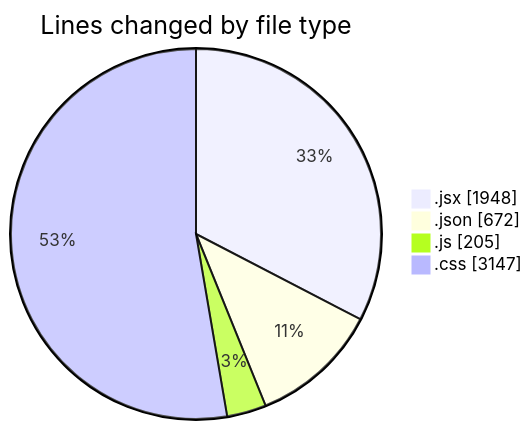
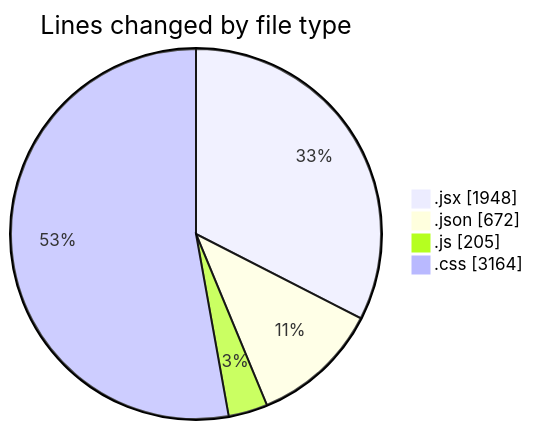
One commit to BS-eng2023/code-tracking changed the first of 2 diagrams in 2025-05-04/project/README.md. Above: the diagram before and after it, drawn with Mermaid. The commit also changed other lines of this file and 1 other file, not shown here.

````diff
--- a/2025-05-04/project/README.md
+++ b/2025-05-04/project/README.md
@@ -43,8 +43,8 @@
 ```mermaid
 pie showData
 title Lines changed by file type
 ".jsx" : 1948
 ".json" : 672
 ".js" : 205
-".css" : 3147
+".css" : 3164
 ```
````
